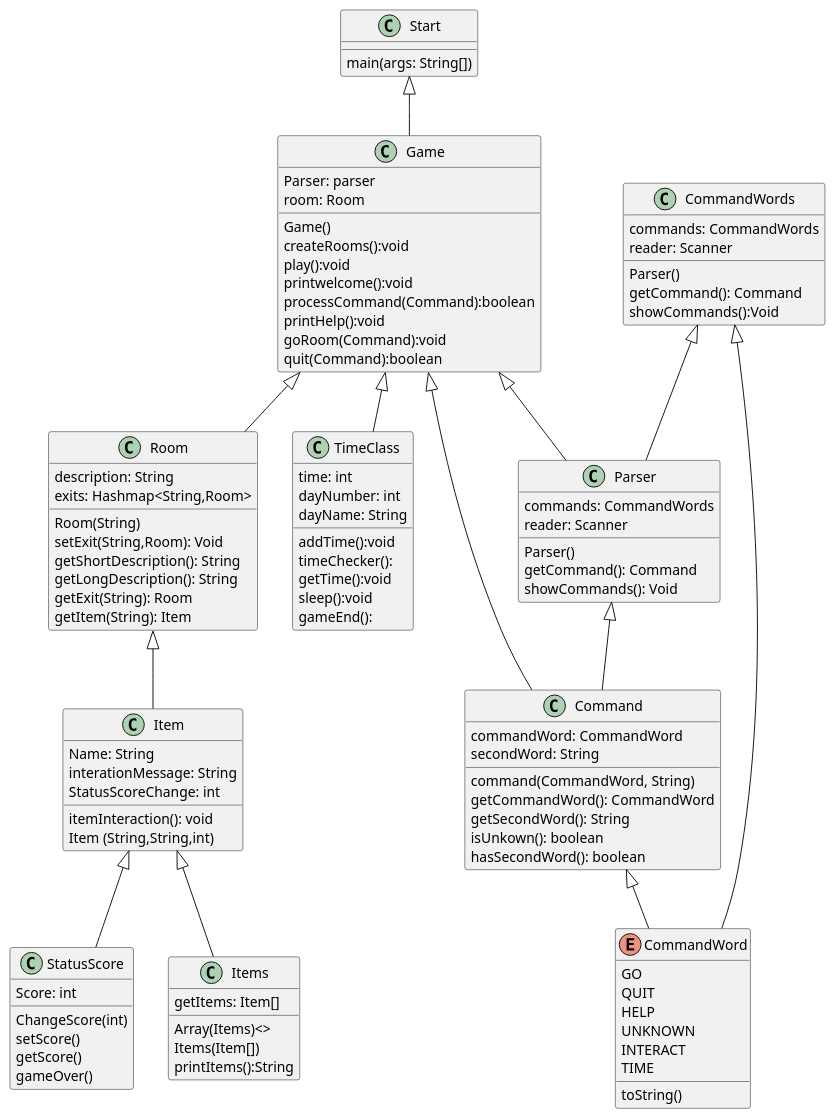
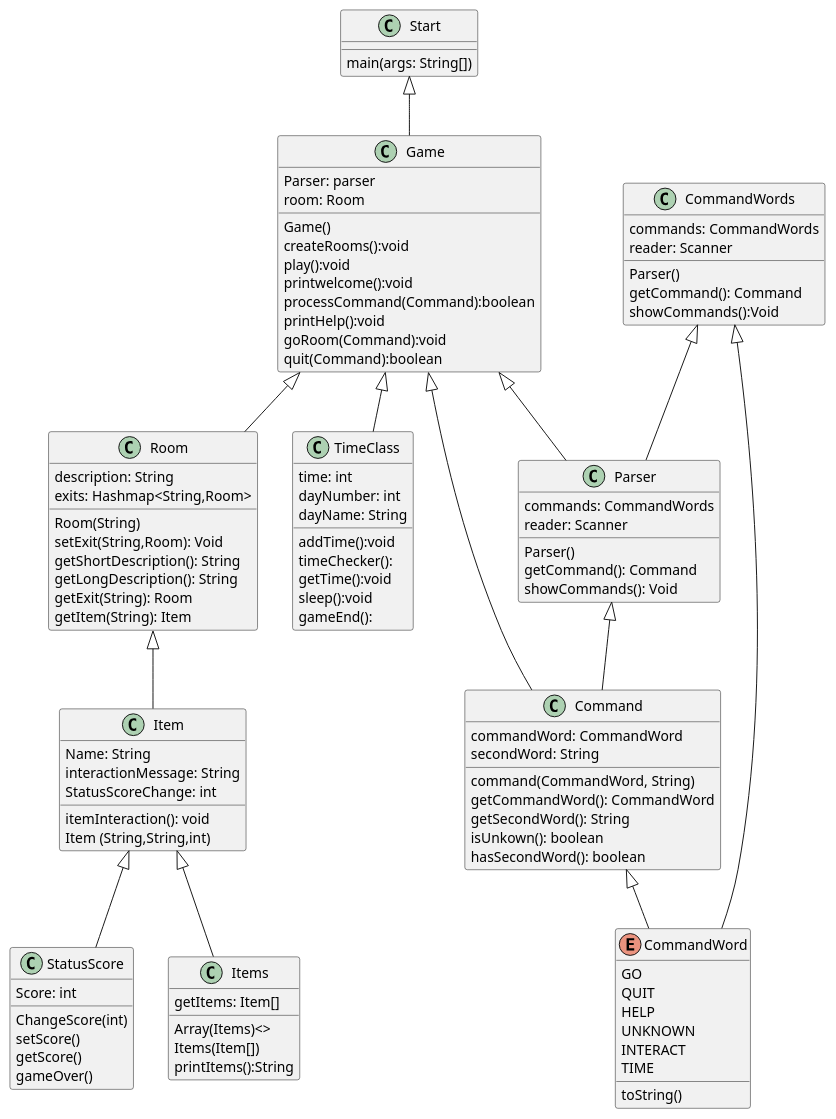
One commit to Oliver-Heine/SDU-T4-4 changed the diagram in UML/CLI.puml. Above: the diagram before and after it, drawn with PlantUML.

Commit message:
added plantUML for CLI as well

```diff
--- a/UML/CLI.puml
+++ b/UML/CLI.puml
@@ -1,125 +1,125 @@
 @startuml
 
 class Start
 class Game
 class Command
 class CommandWords
 class Parser
 class Room
 Enum CommandWord
 class TimeClass
 class StatusScore
 class Item
 class Items
 
 Start <|-- Game
 Game <|-- Command
 Game <|-- Room
 Game <|-- Parser
 Game <|-- TimeClass
 Parser <|-- Command
 CommandWords <|-- Parser
 CommandWords <|-- CommandWord
 Room <|-- Item
 Item <|-- Items
 Item <|-- StatusScore
 Command <|-- CommandWord
 
 class Start{
 main(args: String[])
 }
 
 class Game{
 Parser: parser
 room: Room
 Game()
 createRooms():void
 play():void
 printwelcome():void
 processCommand(Command):boolean
 printHelp():void
 goRoom(Command):void
 quit(Command):boolean
 }
 
 class TimeClass{
 time: int
 dayNumber: int
 dayName: String
 addTime():void
 timeChecker():
 getTime():void
 sleep():void
 gameEnd():
 }
 
 class StatusScore{
 Score: int
 ChangeScore(int)
 setScore()
 getScore()
 gameOver()
 }
 
 class Item {
 Name: String
-interationMessage: String
+interactionMessage: String
 StatusScoreChange: int
 itemInteraction(): void
 Item (String,String,int)
 }
 
 Class Items{
 Array(Items)<>
 Items(Item[])
 printItems():String
 getItems: Item[]
 }
 
 Class Room{
 description: String
 exits: Hashmap<String,Room>
 Room(String)
 setExit(String,Room): Void
 getShortDescription(): String
 getLongDescription(): String
 getExit(String): Room
 getItem(String): Item
 }
 
 Enum CommandWord{
 GO
 QUIT
 HELP
 UNKNOWN
 INTERACT
 TIME
 toString()
 }
 
 class Command{
 commandWord: CommandWord
 secondWord: String
 command(CommandWord, String)
 getCommandWord(): CommandWord
 getSecondWord(): String
 isUnkown(): boolean
 hasSecondWord(): boolean
 }
 
 class Parser{
 commands: CommandWords
 reader: Scanner
 Parser()
 getCommand(): Command
 showCommands(): Void
 }
 
 class CommandWords{
 commands: CommandWords
 reader: Scanner
 Parser()
 getCommand(): Command
 showCommands():Void
 }
 @enduml
```
